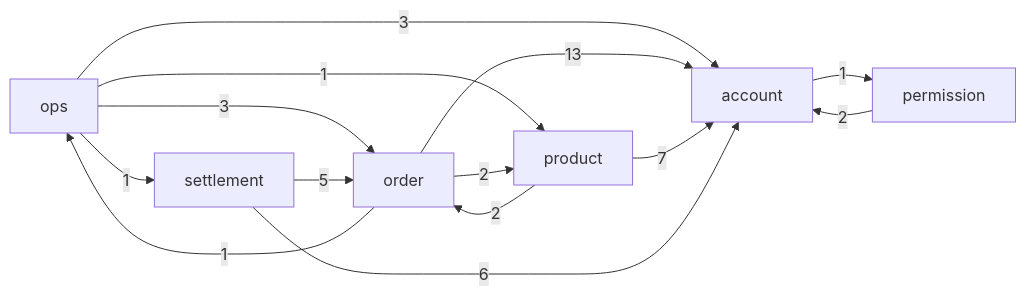
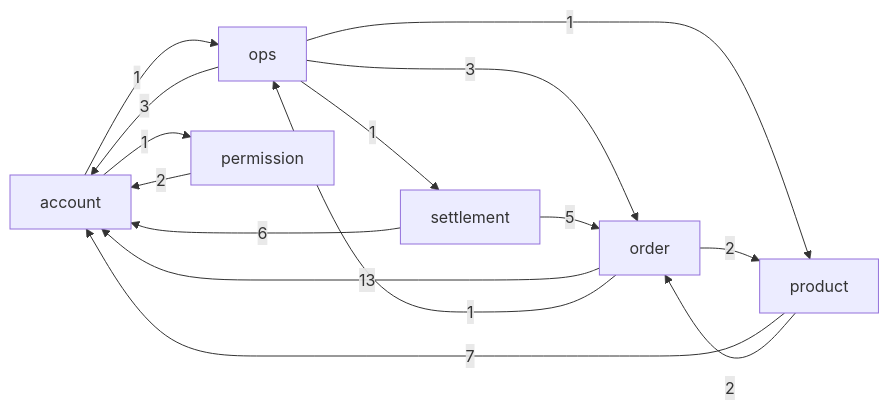
The diagram in doc/erd/index.md (ejg93/ProjectShop), drawn with Mermaid before and after one commit. The commit also changed other lines of this file and 20 other files, not shown here.

````diff
--- a/doc/erd/index.md
+++ b/doc/erd/index.md
@@ -5,16 +5,17 @@
 ```mermaid
 flowchart LR
+    account -->|1| ops
     account -->|1| permission
     ops -->|3| account
     ops -->|3| order
     ops -->|1| product
     ops -->|1| settlement
     order -->|13| account
     order -->|1| ops
     order -->|2| product
     permission -->|2| account
     product -->|7| account
     product -->|2| order
     settlement -->|6| account
     settlement -->|5| order
 ```
````
